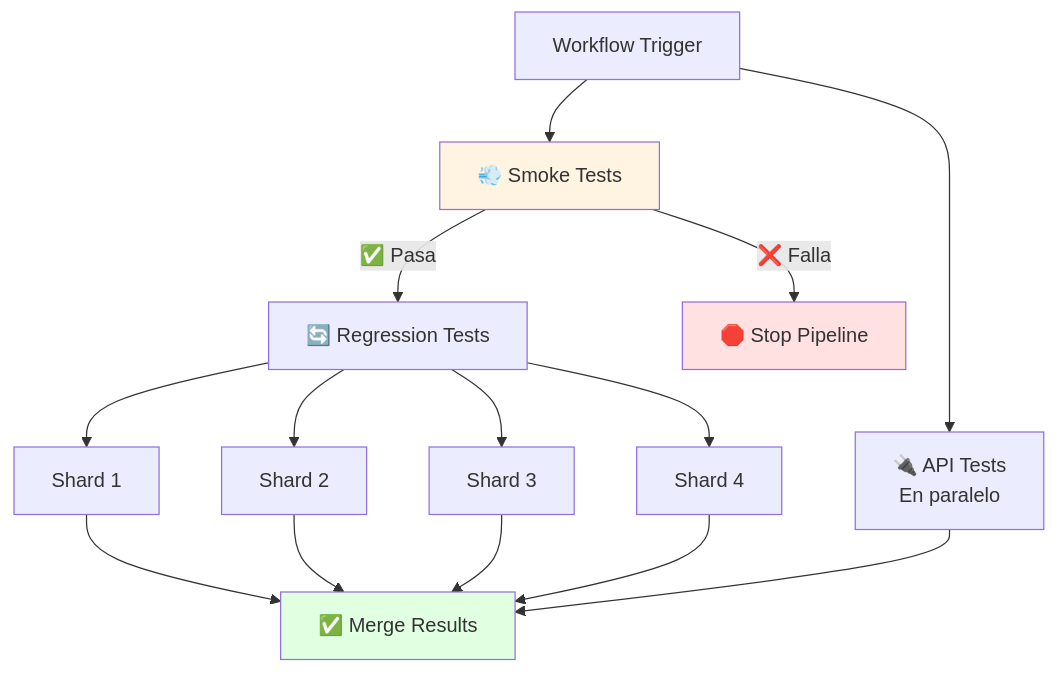
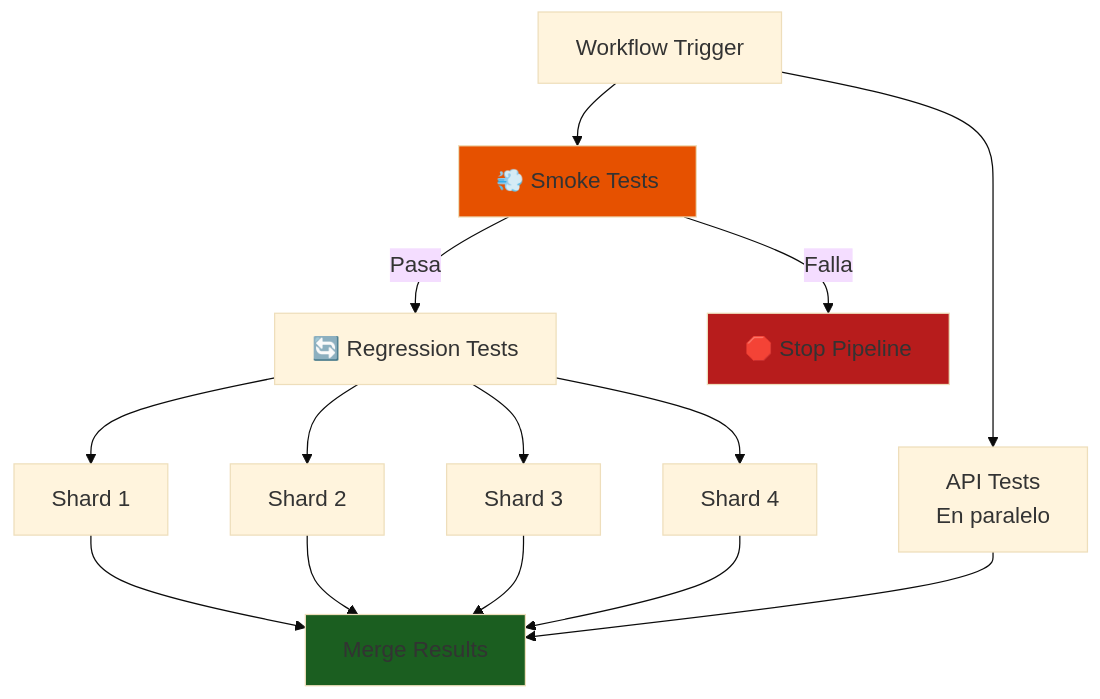
Before and after one commit to Ai-Whisperers/Courses-Content: the tenth of 16 diagrams in courses/🟡-development/FPUNA-2026/01-DESARROLLO-SOFTWARE/especializaciones/qa-automation/04-integracion-ci-cd.md, drawn with Mermaid. The commit also changed other lines of this file and 47 other files, not shown here.

First line of the commit message:
fix: Make all 473 diagrams WCAG AAA accessible (FPUNA-2026)

````diff
--- a/courses/🟡-development/FPUNA-2026/01-DESARROLLO-SOFTWARE/especializaciones/qa-automation/04-integracion-ci-cd.md
+++ b/courses/🟡-development/FPUNA-2026/01-DESARROLLO-SOFTWARE/especializaciones/qa-automation/04-integracion-ci-cd.md
@@ -624,23 +633,24 @@
 ```mermaid
+%%{init: {'theme':'base', 'themeVariables': {'fontSize':'18px'}}}%%
 graph TD
     A[Workflow Trigger] --> B[💨 Smoke Tests]
-    B -->|✅ Pasa| C[🔄 Regression Tests]
-    B -->|❌ Falla| D[🛑 Stop Pipeline]
+    B -->|Pasa| C[🔄 Regression Tests]
+    B -->|Falla| D[🛑 Stop Pipeline]
     
     C --> E[Shard 1]
     C --> F[Shard 2]
     C --> G[Shard 3]
     C --> H[Shard 4]
     
-    A --> I[🔌 API Tests<br/>En paralelo]
+    A --> I[API Tests<br/>En paralelo]
     
-    E --> J[✅ Merge Results]
+    E --> J[Merge Results]
     F --> J
     G --> J
     H --> J
     I --> J
     
-    style B fill:#FFF4E1
-    style D fill:#FFE1E1
-    style J fill:#E1FFE1
+    style B fill:#e65100
+    style D fill:#b71c1c
+    style J fill:#1b5e20
 ```
````
